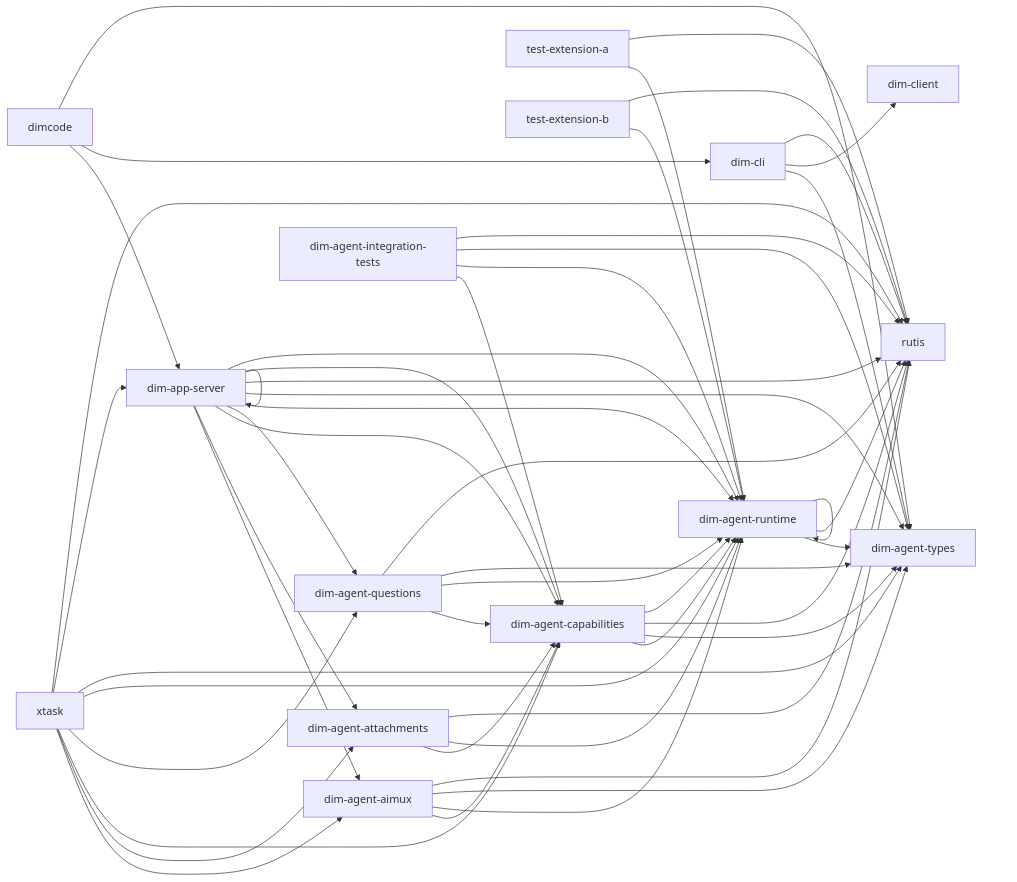
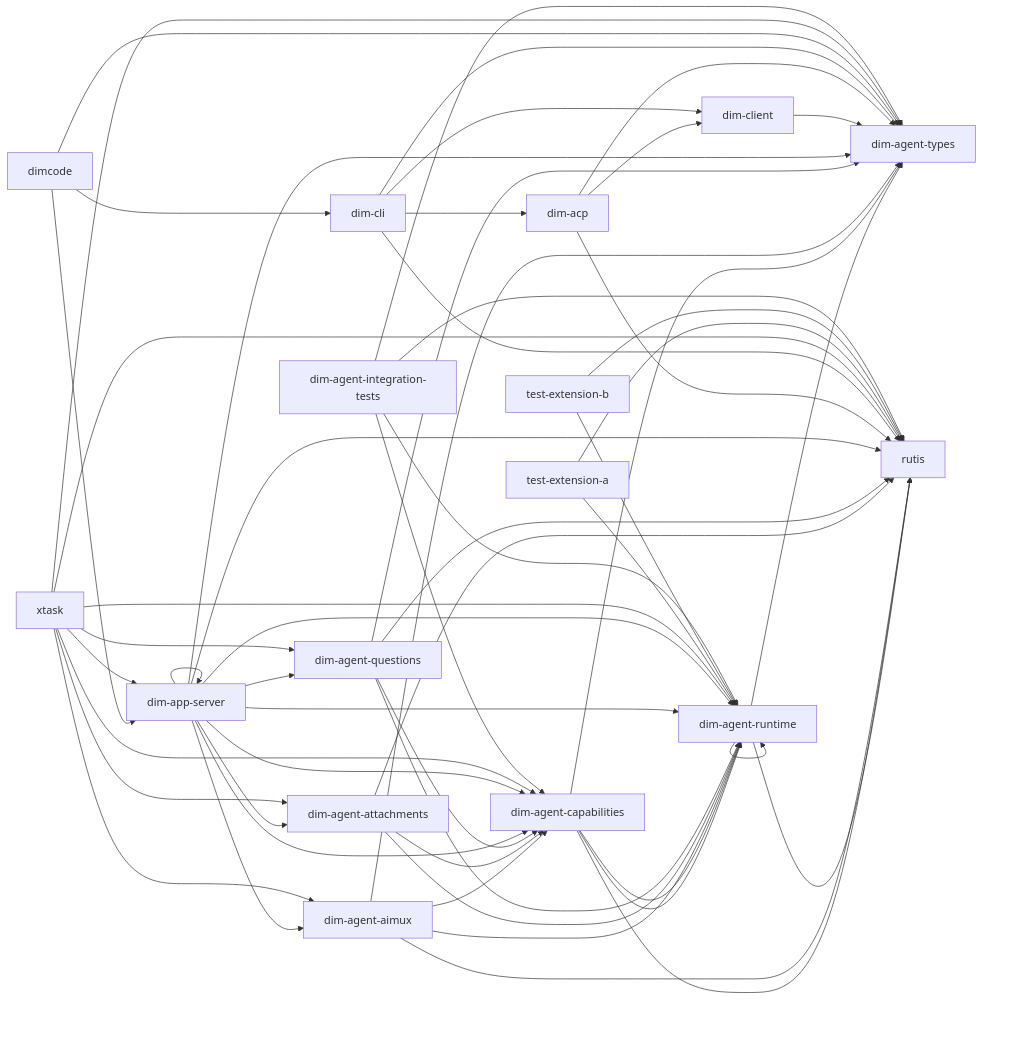
One commit to CoutinhoTTS/dim-agent changed the diagram in docs/architecture/rust-agent/generated/crates.mmd. Above: the diagram before and after it, drawn with Mermaid. The commit also changed 27 other files, not shown here.

Commit message:
feat: add client-owned ACP gateway and stdio session flows

```diff
--- a/docs/architecture/rust-agent/generated/crates.mmd
+++ b/docs/architecture/rust-agent/generated/crates.mmd
@@ -1,52 +1,57 @@
 %% Generated from cargo metadata; do not edit.
 flowchart LR
   dim_agent_runtime["dim-agent-runtime"] --> dim_agent_types["dim-agent-types"]
   dim_agent_runtime["dim-agent-runtime"] --> rutis["rutis"]
   dim_agent_runtime["dim-agent-runtime"] --> dim_agent_runtime["dim-agent-runtime"]
   dim_agent_capabilities["dim-agent-capabilities"] --> dim_agent_runtime["dim-agent-runtime"]
   dim_agent_capabilities["dim-agent-capabilities"] --> dim_agent_types["dim-agent-types"]
   dim_agent_capabilities["dim-agent-capabilities"] --> rutis["rutis"]
   dim_agent_capabilities["dim-agent-capabilities"] --> dim_agent_runtime["dim-agent-runtime"]
   dim_agent_aimux["dim-agent-aimux"] --> dim_agent_capabilities["dim-agent-capabilities"]
   dim_agent_aimux["dim-agent-aimux"] --> dim_agent_runtime["dim-agent-runtime"]
   dim_agent_aimux["dim-agent-aimux"] --> dim_agent_types["dim-agent-types"]
   dim_agent_aimux["dim-agent-aimux"] --> rutis["rutis"]
   dim_agent_attachments["dim-agent-attachments"] --> dim_agent_capabilities["dim-agent-capabilities"]
   dim_agent_attachments["dim-agent-attachments"] --> dim_agent_runtime["dim-agent-runtime"]
   dim_agent_attachments["dim-agent-attachments"] --> rutis["rutis"]
   dim_agent_questions["dim-agent-questions"] --> dim_agent_capabilities["dim-agent-capabilities"]
   dim_agent_questions["dim-agent-questions"] --> dim_agent_runtime["dim-agent-runtime"]
   dim_agent_questions["dim-agent-questions"] --> dim_agent_types["dim-agent-types"]
   dim_agent_questions["dim-agent-questions"] --> rutis["rutis"]
   dim_app_server["dim-app-server"] --> dim_agent_aimux["dim-agent-aimux"]
   dim_app_server["dim-app-server"] --> dim_agent_attachments["dim-agent-attachments"]
   dim_app_server["dim-app-server"] --> dim_agent_capabilities["dim-agent-capabilities"]
   dim_app_server["dim-app-server"] --> dim_agent_questions["dim-agent-questions"]
   dim_app_server["dim-app-server"] --> dim_agent_runtime["dim-agent-runtime"]
   dim_app_server["dim-app-server"] --> dim_agent_types["dim-agent-types"]
   dim_app_server["dim-app-server"] --> rutis["rutis"]
   dim_app_server["dim-app-server"] --> dim_agent_capabilities["dim-agent-capabilities"]
   dim_app_server["dim-app-server"] --> dim_agent_runtime["dim-agent-runtime"]
   dim_app_server["dim-app-server"] --> dim_app_server["dim-app-server"]
+  dim_client["dim-client"] --> dim_agent_types["dim-agent-types"]
+  dim_acp["dim-acp"] --> dim_agent_types["dim-agent-types"]
+  dim_acp["dim-acp"] --> dim_client["dim-client"]
+  dim_acp["dim-acp"] --> rutis["rutis"]
+  dim_cli["dim-cli"] --> dim_acp["dim-acp"]
   dim_cli["dim-cli"] --> dim_agent_types["dim-agent-types"]
   dim_cli["dim-cli"] --> dim_client["dim-client"]
   dim_cli["dim-cli"] --> rutis["rutis"]
   dimcode["dimcode"] --> dim_app_server["dim-app-server"]
   dimcode["dimcode"] --> dim_cli["dim-cli"]
   dimcode["dimcode"] --> dim_agent_types["dim-agent-types"]
   xtask["xtask"] --> dim_agent_aimux["dim-agent-aimux"]
   xtask["xtask"] --> dim_agent_attachments["dim-agent-attachments"]
   xtask["xtask"] --> dim_agent_capabilities["dim-agent-capabilities"]
   xtask["xtask"] --> dim_agent_questions["dim-agent-questions"]
   xtask["xtask"] --> dim_agent_runtime["dim-agent-runtime"]
   xtask["xtask"] --> dim_agent_types["dim-agent-types"]
   xtask["xtask"] --> dim_app_server["dim-app-server"]
   xtask["xtask"] --> rutis["rutis"]
   test_extension_a["test-extension-a"] --> dim_agent_runtime["dim-agent-runtime"]
   test_extension_a["test-extension-a"] --> rutis["rutis"]
   test_extension_b["test-extension-b"] --> dim_agent_runtime["dim-agent-runtime"]
   test_extension_b["test-extension-b"] --> rutis["rutis"]
   dim_agent_integration_tests["dim-agent-integration-tests"] --> dim_agent_capabilities["dim-agent-capabilities"]
   dim_agent_integration_tests["dim-agent-integration-tests"] --> dim_agent_runtime["dim-agent-runtime"]
   dim_agent_integration_tests["dim-agent-integration-tests"] --> dim_agent_types["dim-agent-types"]
   dim_agent_integration_tests["dim-agent-integration-tests"] --> rutis["rutis"]
```
